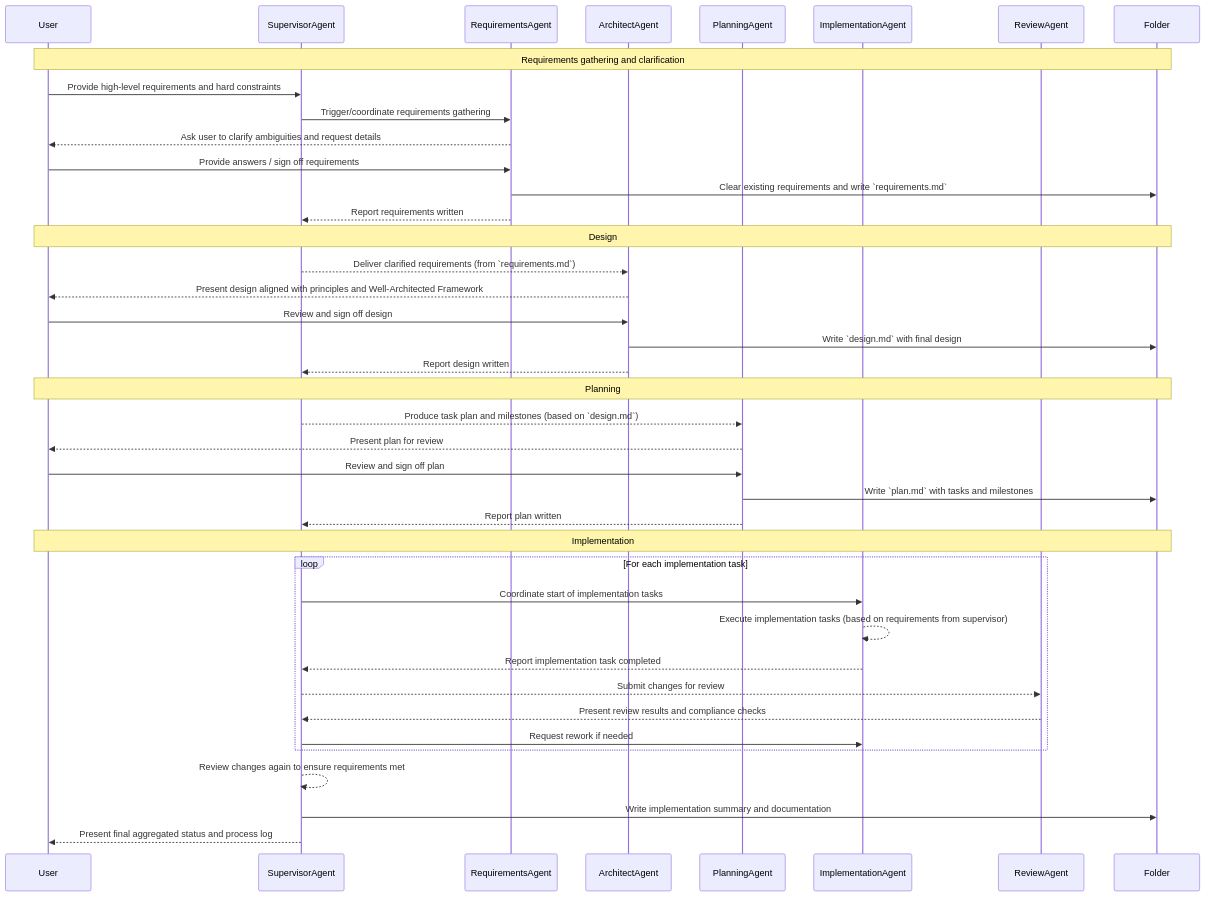
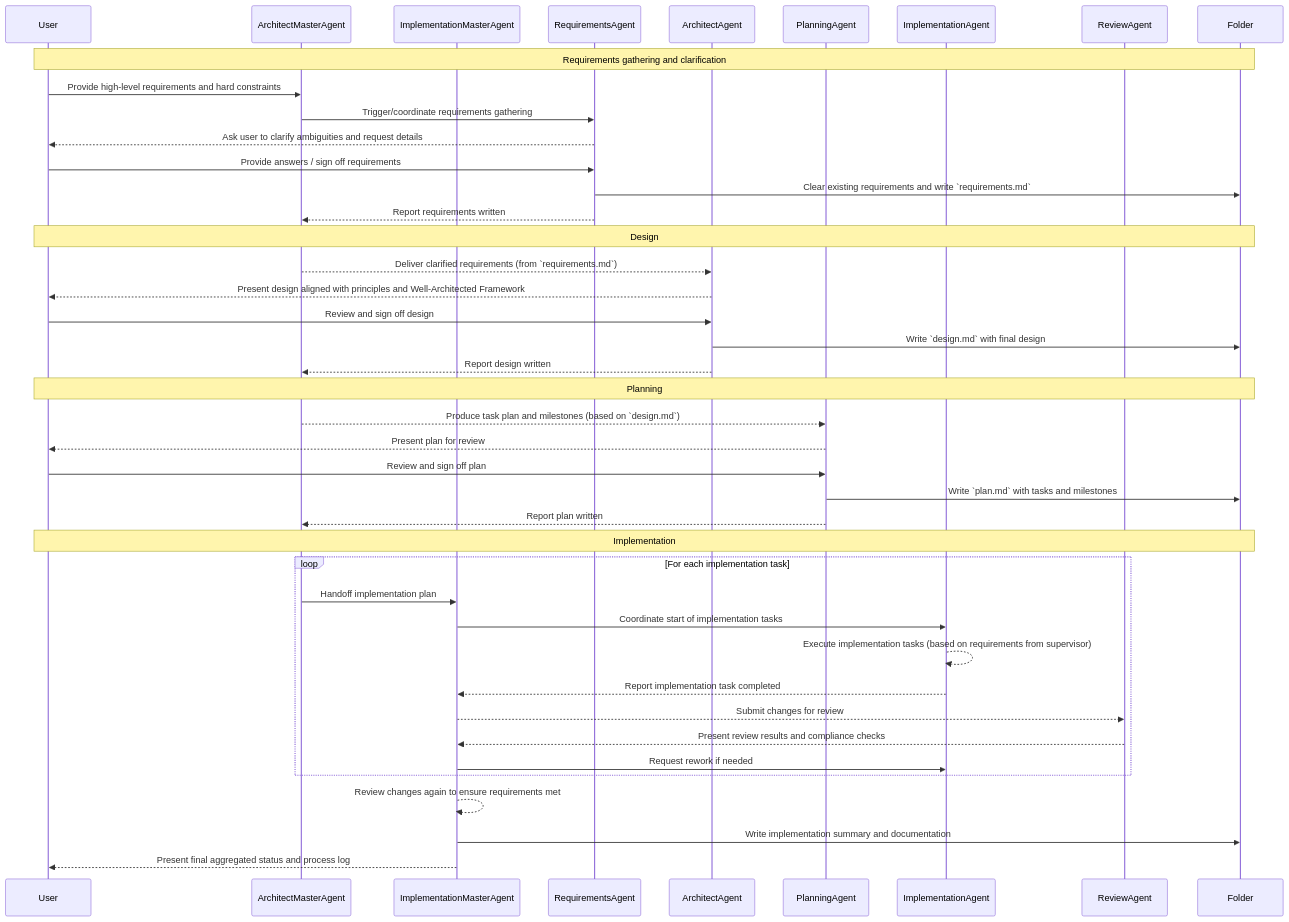
The diagram in AI.md (khaitranhq/dotfiles), drawn with Mermaid before and after one commit. The commit also changed other lines of this file and 7 other files, not shown here.

````diff
--- a/AI.md
+++ b/AI.md
@@ -31,46 +38,48 @@
 ```mermaid
 sequenceDiagram
   participant User
-  participant SupervisorAgent
+  participant ArchitectMasterAgent
+  participant ImplementationMasterAgent
   participant RequirementsAgent
   participant ArchitectAgent
   participant PlanningAgent
   participant ImplementationAgent
   participant ReviewAgent
   participant AI_Folder as Folder
 
   Note over User,AI_Folder: Requirements gathering and clarification
-  User->>SupervisorAgent: Provide high-level requirements and hard constraints
-  SupervisorAgent->>RequirementsAgent: Trigger/coordinate requirements gathering
+  User->>ArchitectMasterAgent: Provide high-level requirements and hard constraints
+  ArchitectMasterAgent->>RequirementsAgent: Trigger/coordinate requirements gathering
   RequirementsAgent-->>User: Ask user to clarify ambiguities and request details
   User->>RequirementsAgent: Provide answers / sign off requirements
   RequirementsAgent->>AI_Folder: Clear existing requirements and write `requirements.md`
-  RequirementsAgent-->>SupervisorAgent: Report requirements written
+  RequirementsAgent-->>ArchitectMasterAgent: Report requirements written
 
   Note over User,AI_Folder: Design
-  SupervisorAgent-->>ArchitectAgent: Deliver clarified requirements (from `requirements.md`)
+  ArchitectMasterAgent-->>ArchitectAgent: Deliver clarified requirements (from `requirements.md`)
   ArchitectAgent-->>User: Present design aligned with principles and Well-Architected Framework
   User->>ArchitectAgent: Review and sign off design
   ArchitectAgent->>AI_Folder: Write `design.md` with final design
-  ArchitectAgent-->>SupervisorAgent: Report design written
+  ArchitectAgent-->>ArchitectMasterAgent: Report design written
 
   Note over User,AI_Folder: Planning
-  SupervisorAgent-->>PlanningAgent: Produce task plan and milestones (based on `design.md`)
+  ArchitectMasterAgent-->>PlanningAgent: Produce task plan and milestones (based on `design.md`)
   PlanningAgent-->>User: Present plan for review
   User->>PlanningAgent: Review and sign off plan
   PlanningAgent->>AI_Folder: Write `plan.md` with tasks and milestones
-  PlanningAgent-->>SupervisorAgent: Report plan written
+  PlanningAgent-->>ArchitectMasterAgent: Report plan written
 
   Note over User,AI_Folder: Implementation
   loop For each implementation task
-    SupervisorAgent->>ImplementationAgent: Coordinate start of implementation tasks
+    ArchitectMasterAgent->>ImplementationMasterAgent: Handoff implementation plan
+    ImplementationMasterAgent->>ImplementationAgent: Coordinate start of implementation tasks
     ImplementationAgent-->>ImplementationAgent: Execute implementation tasks (based on requirements from supervisor)
-    ImplementationAgent-->>SupervisorAgent: Report implementation task completed
-    SupervisorAgent-->>ReviewAgent: Submit changes for review
-    ReviewAgent-->>SupervisorAgent: Present review results and compliance checks
-    SupervisorAgent->>ImplementationAgent: Request rework if needed
+    ImplementationAgent-->>ImplementationMasterAgent: Report implementation task completed
+    ImplementationMasterAgent-->>ReviewAgent: Submit changes for review
+    ReviewAgent-->>ImplementationMasterAgent: Present review results and compliance checks
+    ImplementationMasterAgent->>ImplementationAgent: Request rework if needed
   end
-  SupervisorAgent-->>SupervisorAgent: Review changes again to ensure requirements met
-  SupervisorAgent->>AI_Folder: Write implementation summary and documentation
-  SupervisorAgent-->>User: Present final aggregated status and process log
+  ImplementationMasterAgent-->>ImplementationMasterAgent: Review changes again to ensure requirements met
+  ImplementationMasterAgent->>AI_Folder: Write implementation summary and documentation
+  ImplementationMasterAgent-->>User: Present final aggregated status and process log
 ```
````
